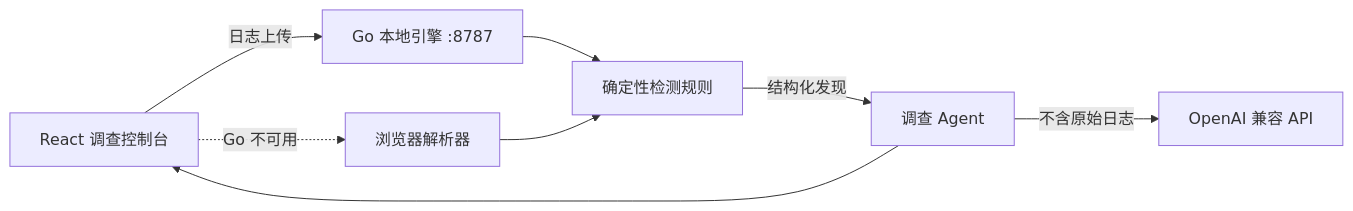
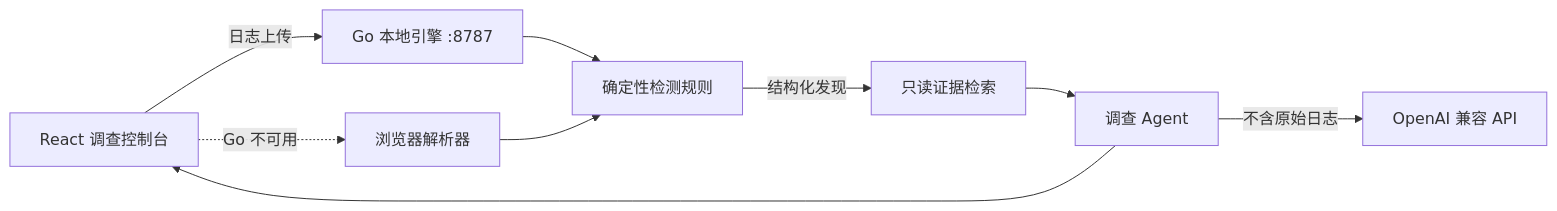
One commit to C-8H11N/logsleuth changed the diagram in README.md. Above: the diagram before and after it, drawn with Mermaid. The commit also changed other lines of this file and 11 other files, not shown here.

````diff
--- a/README.md
+++ b/README.md
@@ -68,17 +73,18 @@
 ```mermaid
 flowchart LR
     UI["React 调查控制台"]
     GO["Go 本地引擎 :8787"]
     BR["浏览器解析器"]
     RULES["确定性检测规则"]
     AGENT["调查 Agent"]
     LLM["OpenAI 兼容 API"]
 
     UI -->|日志上传| GO
     UI -. Go 不可用 .-> BR
     GO --> RULES
     BR --> RULES
-    RULES -->|结构化发现| AGENT
+    RULES -->|结构化发现| RETRIEVAL["只读证据检索"]
+    RETRIEVAL --> AGENT
     AGENT -->|不含原始日志| LLM
     AGENT --> UI
 ```
````
